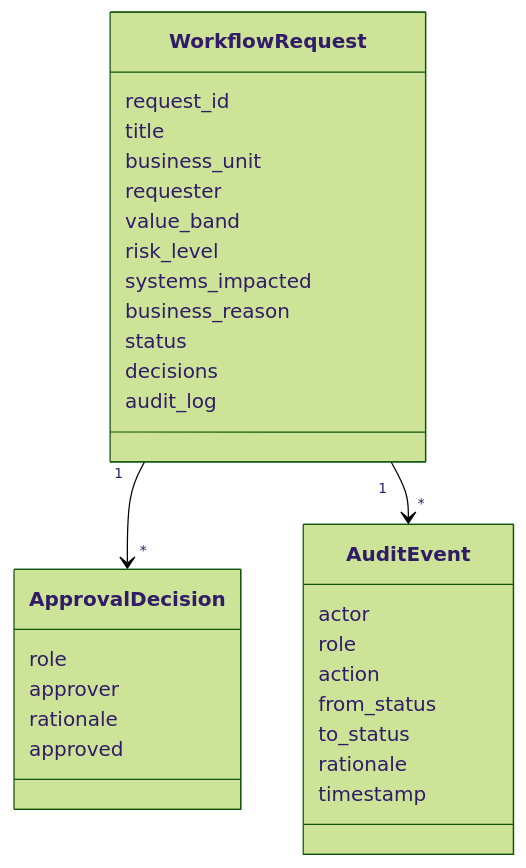
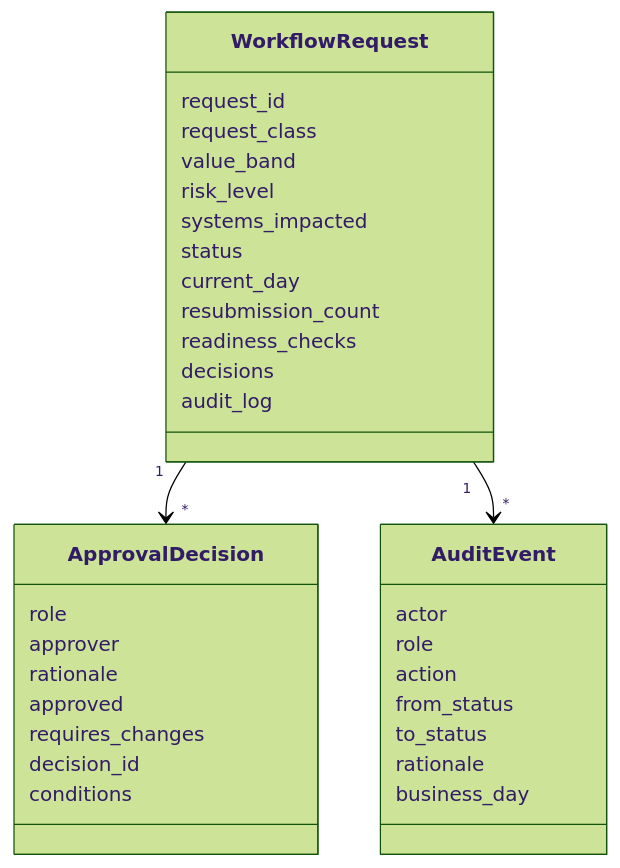
One commit to mypoorbrain/enterprise-workflow-approval-lab changed the diagram in docs/architecture.md. Above: the diagram before and after it, drawn with Mermaid (forest theme). The commit also changed other lines of this file and 22 other files, not shown here.

````diff
--- a/docs/architecture.md
+++ b/docs/architecture.md
@@ -7,36 +7,39 @@
 ```mermaid
 classDiagram
     class WorkflowRequest {
         request_id
-        title
-        business_unit
-        requester
+        request_class
         value_band
         risk_level
         systems_impacted
-        business_reason
         status
+        current_day
+        resubmission_count
+        readiness_checks
         decisions
         audit_log
     }
 
     class ApprovalDecision {
         role
         approver
         rationale
         approved
+        requires_changes
+        decision_id
+        conditions
     }
 
     class AuditEvent {
         actor
         role
         action
         from_status
         to_status
         rationale
-        timestamp
+        business_day
     }
 
     WorkflowRequest "1" --> "*" ApprovalDecision
     WorkflowRequest "1" --> "*" AuditEvent
 ```
````
